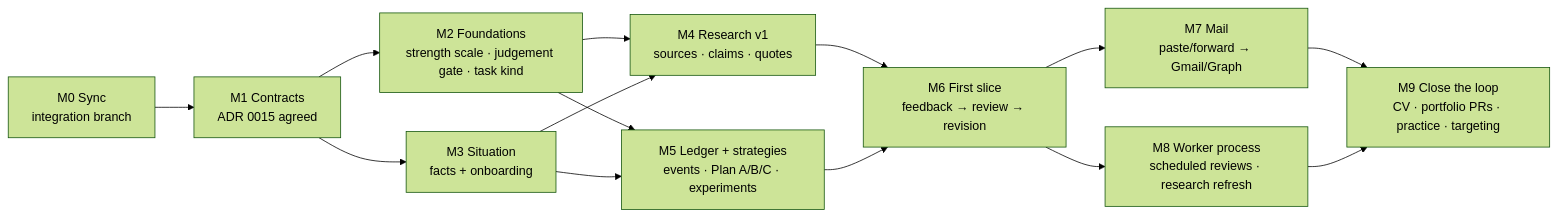
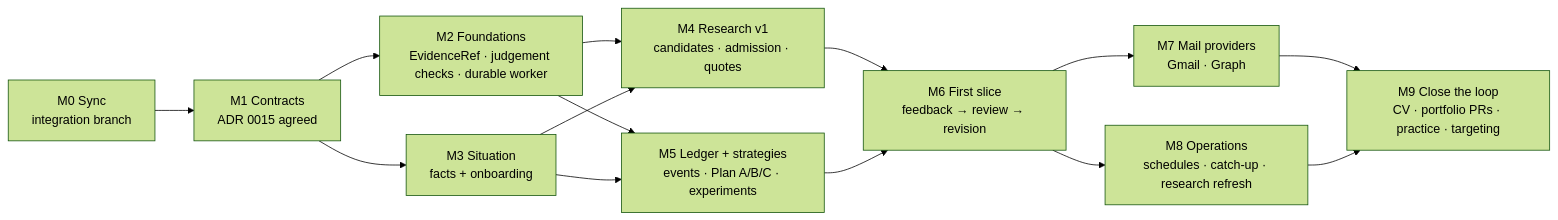
Before and after one commit to Mirzzie/Fadi: the diagram in docs/architecture/2026-10-20-gap-analysis-and-roadmap.md, drawn with Mermaid (forest theme). The commit also changed other lines of this file and 3 other files, not shown here.

````diff
--- a/docs/architecture/2026-10-20-gap-analysis-and-roadmap.md
+++ b/docs/architecture/2026-10-20-gap-analysis-and-roadmap.md
@@ -101,16 +103,16 @@
 ```mermaid
 flowchart LR
   M0["M0 Sync<br/>integration branch"] --> M1["M1 Contracts<br/>ADR 0015 agreed"]
-  M1 --> M2["M2 Foundations<br/>strength scale · judgement gate · task kind"]
+  M1 --> M2["M2 Foundations<br/>EvidenceRef · judgement checks · durable worker"]
   M1 --> M3["M3 Situation<br/>facts + onboarding"]
-  M2 --> M4["M4 Research v1<br/>sources · claims · quotes"]
+  M2 --> M4["M4 Research v1<br/>candidates · admission · quotes"]
   M3 --> M4
   M2 --> M5["M5 Ledger + strategies<br/>events · Plan A/B/C · experiments"]
   M3 --> M5
   M4 --> M6["M6 First slice<br/>feedback → review → revision"]
   M5 --> M6
-  M6 --> M7["M7 Mail<br/>paste/forward → Gmail/Graph"]
-  M6 --> M8["M8 Worker process<br/>scheduled reviews · research refresh"]
+  M6 --> M7["M7 Mail providers<br/>Gmail · Graph"]
+  M6 --> M8["M8 Operations<br/>schedules · catch-up · research refresh"]
   M7 --> M9["M9 Close the loop<br/>CV · portfolio PRs · practice · targeting"]
   M8 --> M9
 ```
````
